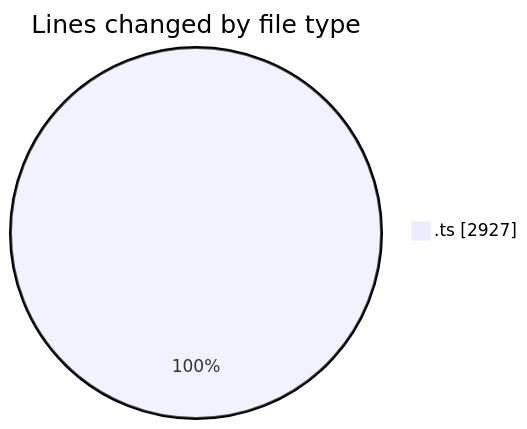
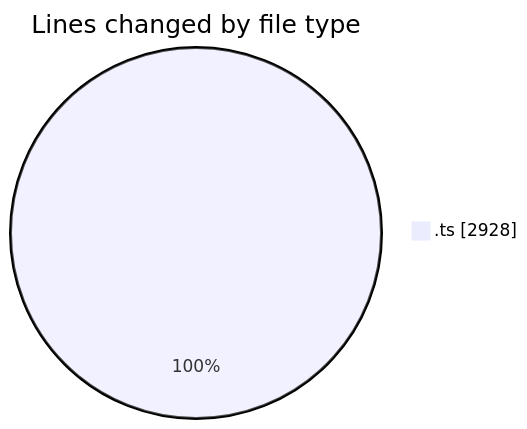
One commit to momahboobian/code-tracking changed the first of 2 diagrams in 2025-06-24/cda/README.md. Above: the diagram before and after it, drawn with Mermaid. The commit also changed other lines of this file and 1 other file, not shown here.

````diff
--- a/2025-06-24/cda/README.md
+++ b/2025-06-24/cda/README.md
@@ -24,5 +24,5 @@
 ```mermaid
 pie showData
 title Lines changed by file type
-".ts" : 2927
+".ts" : 2928
 ```
````
